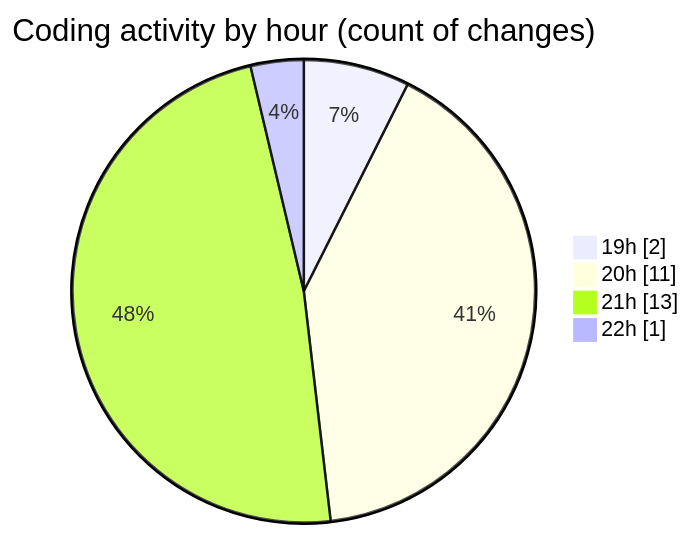
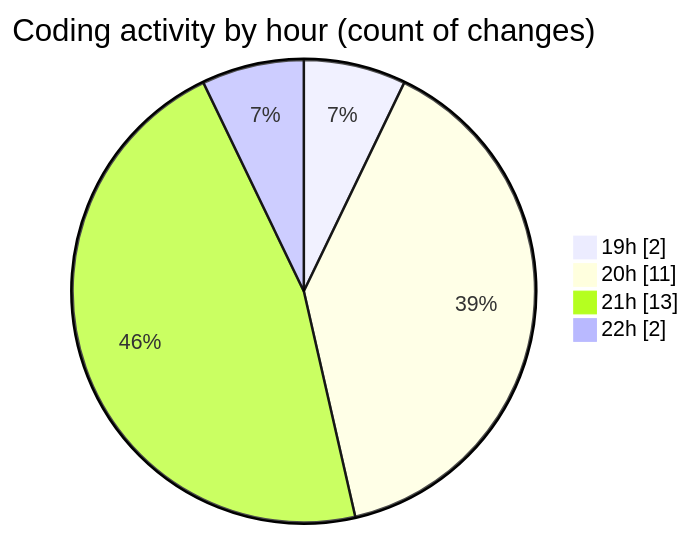
The second of 2 diagrams in 2025-01-29/react/README.md (Elitesun/code-tracking), drawn with Mermaid before and after one commit. The commit also changed other lines of this file and 1 other file, not shown here.

````diff
--- a/2025-01-29/react/README.md
+++ b/2025-01-29/react/README.md
@@ -33,8 +33,8 @@
 ```mermaid
 pie showData
 title Coding activity by hour (count of changes)
 "19h" : 2
 "20h" : 11
 "21h" : 13
-"22h" : 1
+"22h" : 2
 ```
````
